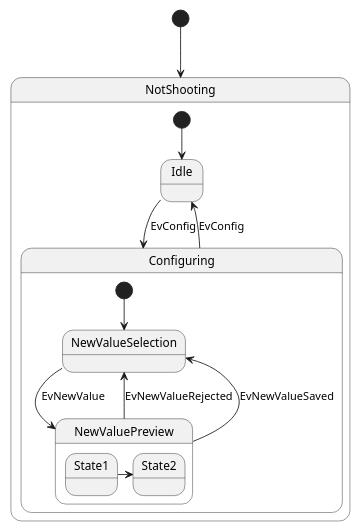
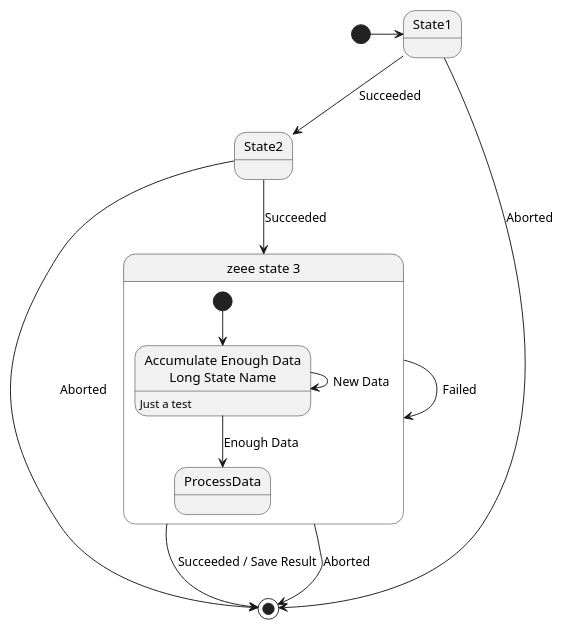
The diagram in antlr/puml_test_input_1.puml (StateSmith/StateSmith), drawn with PlantUML before and after one commit. The commit also changed 11 other files, not shown here.

First line of the commit message:
plantuml - grammar parsing supports long names

```diff
--- a/antlr/puml_test_input_1.puml
+++ b/antlr/puml_test_input_1.puml
@@ -1,22 +1,19 @@
 @startuml
-scale 350 width
-[*] --> NotShooting
+scale 600 width
 
-state NotShooting       {
-  [*] --> Idle
-  Idle --> Configuring : EvConfig
-  Configuring --> Idle : EvConfig
+[*] -> State1
+State1 --> State2 : Succeeded
+State1 --> [*] : Aborted
+State2 --> State3 : Succeeded
+State2 --> [*] : Aborted
+state "zeee state 3" as State3 {
+  state "Accumulate Enough Data\nLong State Name" as long1
+  long1 : Just a test
+  [*] --> long1
+  long1 --> long1 : New Data
+  long1 --> ProcessData : Enough Data
 }
-
-state Configuring {
-  [*] --> NewValueSelection
-  NewValueSelection --> NewValuePreview : EvNewValue
-  NewValuePreview --> NewValueSelection : EvNewValueRejected
-  NewValuePreview --> NewValueSelection : EvNewValueSaved
-
-  state NewValuePreview {
-     State1 -> State2
-  }
-
-}
+State3 --> State3 : Failed
+State3 --> [*] : Succeeded / Save Result
+State3 --> [*] : Aborted
 @enduml
```
